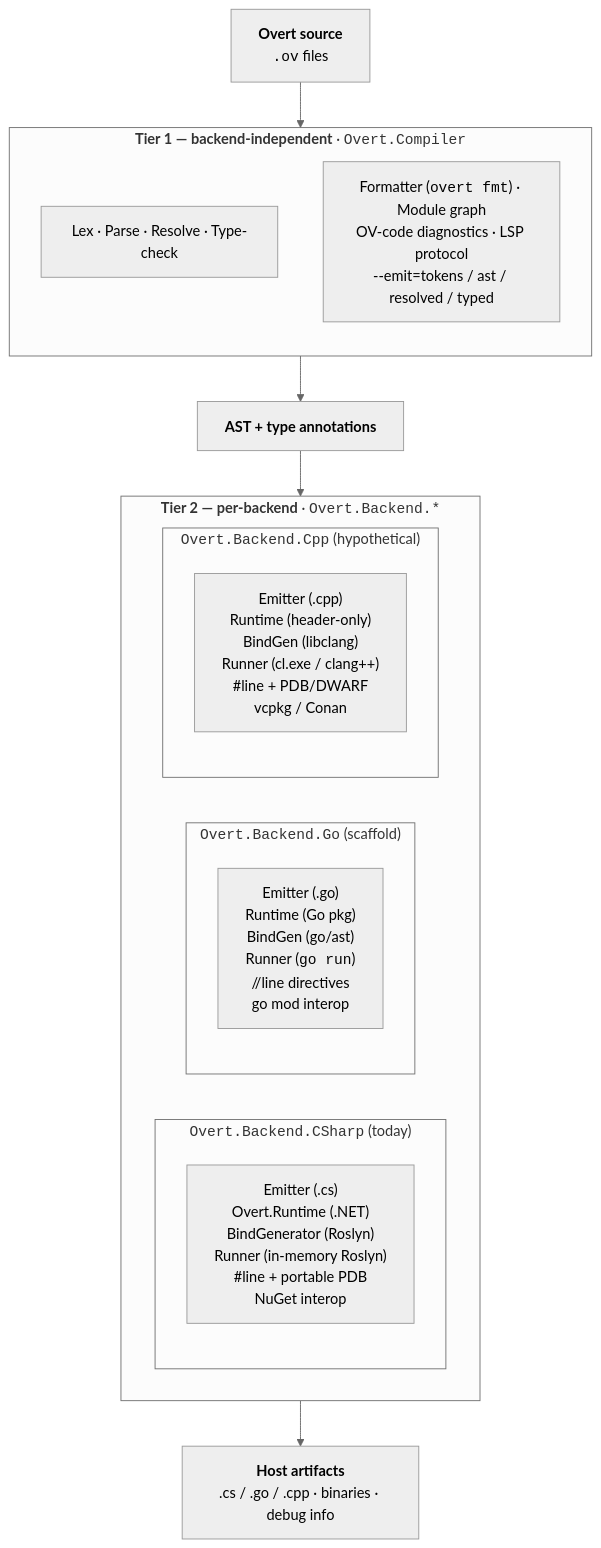
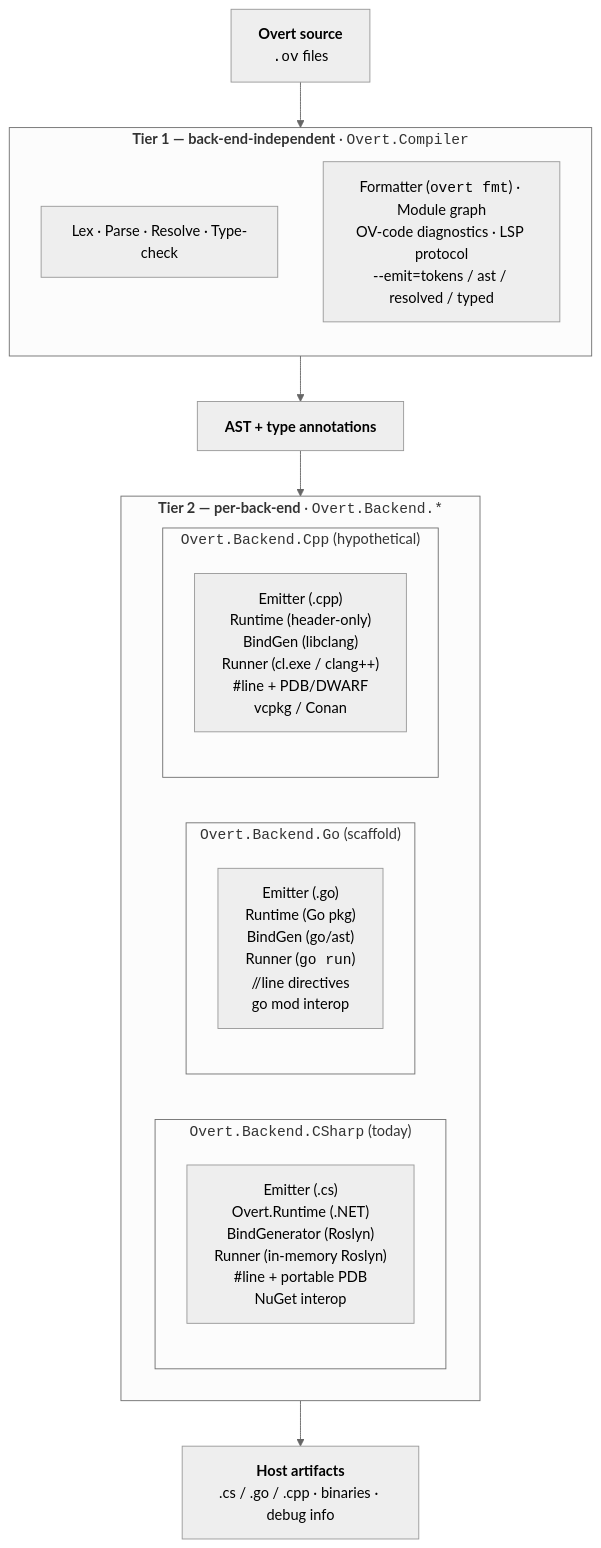
One commit to paulmooreparks/Overt changed the diagram in DESIGN.md. Above: the diagram before and after it, drawn with Mermaid (neutral theme). The commit also changed other lines of this file and 5 other files, not shown here.

````diff
--- a/DESIGN.md
+++ b/DESIGN.md
@@ -1035,32 +1035,32 @@
 ```mermaid
 flowchart TB
     src["<b>Overt source</b><br/><code>.ov</code> files"]
 
-    subgraph tier1 ["<b>Tier 1 — backend-independent</b> · <code>Overt.Compiler</code>"]
+    subgraph tier1 ["<b>Tier 1 — back-end-independent</b> · <code>Overt.Compiler</code>"]
         direction TB
         pipe["Lex · Parse · Resolve · Type-check"]
         shared["Formatter (<code>overt fmt</code>) · Module graph<br/>OV-code diagnostics · LSP protocol<br/>--emit=tokens / ast / resolved / typed"]
     end
 
     ast["<b>AST + type annotations</b>"]
 
-    subgraph tier2 ["<b>Tier 2 — per-backend</b> · <code>Overt.Backend.*</code>"]
+    subgraph tier2 ["<b>Tier 2 — per-back-end</b> · <code>Overt.Backend.*</code>"]
         direction LR
         subgraph cs ["<code>Overt.Backend.CSharp</code> (today)"]
             cs1["Emitter (.cs)<br/>Overt.Runtime (.NET)<br/>BindGenerator (Roslyn)<br/>Runner (in-memory Roslyn)<br/>#line + portable PDB<br/>NuGet interop"]
         end
         subgraph go ["<code>Overt.Backend.Go</code> (scaffold)"]
             go1["Emitter (.go)<br/>Runtime (Go pkg)<br/>BindGen (go/ast)<br/>Runner (<code>go run</code>)<br/>//line directives<br/>go mod interop"]
         end
         subgraph cpp ["<code>Overt.Backend.Cpp</code> (hypothetical)"]
             cpp1["Emitter (.cpp)<br/>Runtime (header-only)<br/>BindGen (libclang)<br/>Runner (cl.exe / clang++)<br/>#line + PDB/DWARF<br/>vcpkg / Conan"]
         end
     end
 
     host["<b>Host artifacts</b><br/>.cs / .go / .cpp · binaries · debug info"]
 
     src --> tier1
     tier1 --> ast
     ast --> tier2
     tier2 --> host
 ```
````
